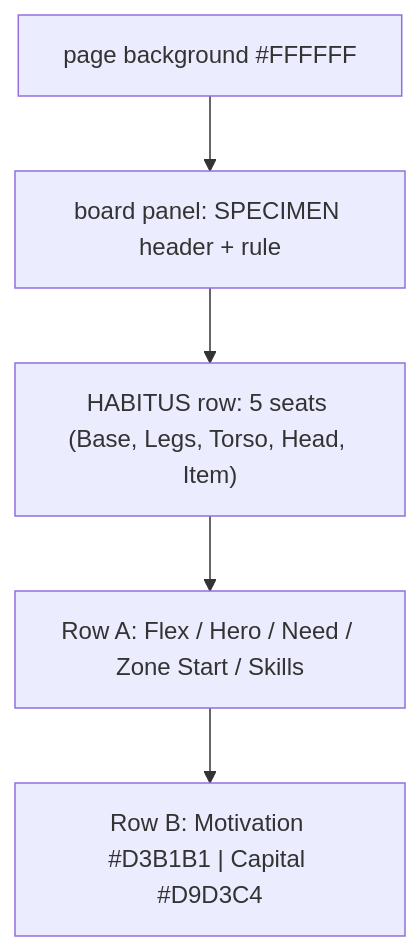
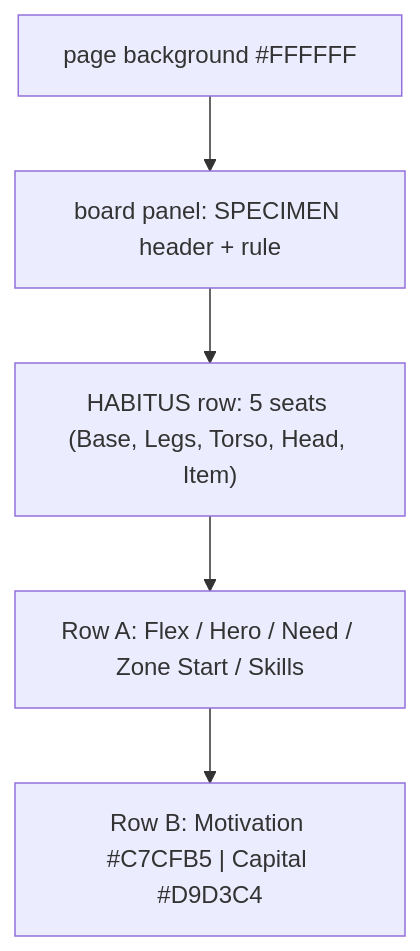
Before and after one commit to Hegerstrand/seven-weeks: the first of 11 diagrams in components/specs/boards.md, drawn with Mermaid. The commit also changed other lines of this file and 61 other files, not shown here.

````diff
--- a/components/specs/boards.md
+++ b/components/specs/boards.md
@@ -109,7 +109,7 @@
 ```mermaid
 graph TD
   A["page background #FFFFFF"] --> B["board panel: SPECIMEN header + rule"]
   B --> C["HABITUS row: 5 seats (Base, Legs, Torso, Head, Item)"]
   C --> D["Row A: Flex / Hero / Need / Zone Start / Skills"]
-  D --> E["Row B: Motivation #D3B1B1 | Capital #D9D3C4"]
+  D --> E["Row B: Motivation #C7CFB5 | Capital #D9D3C4"]
 ```
````
